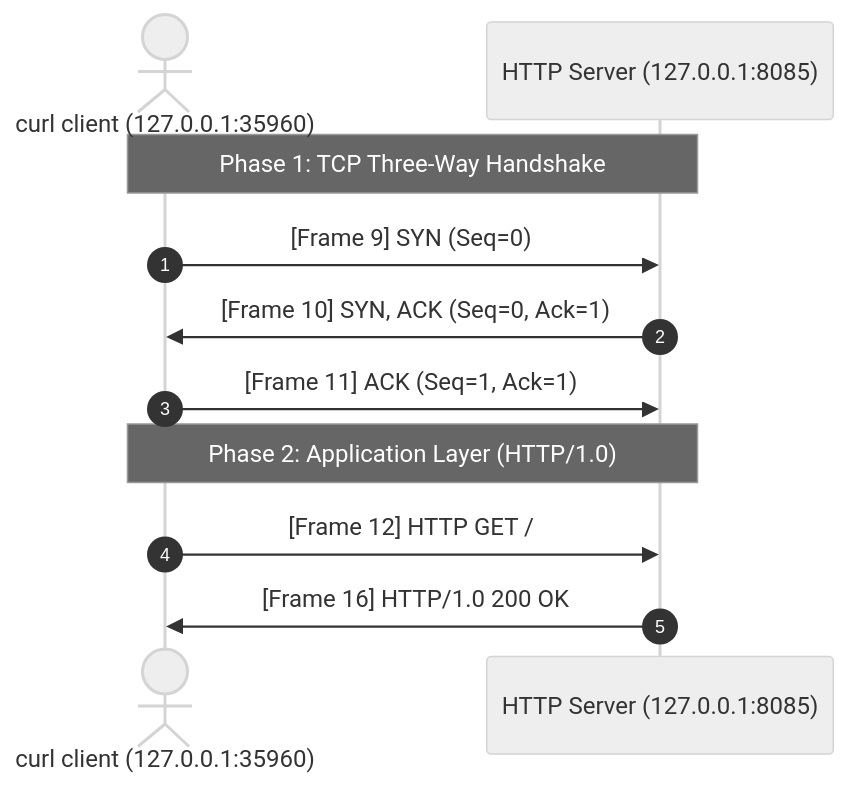
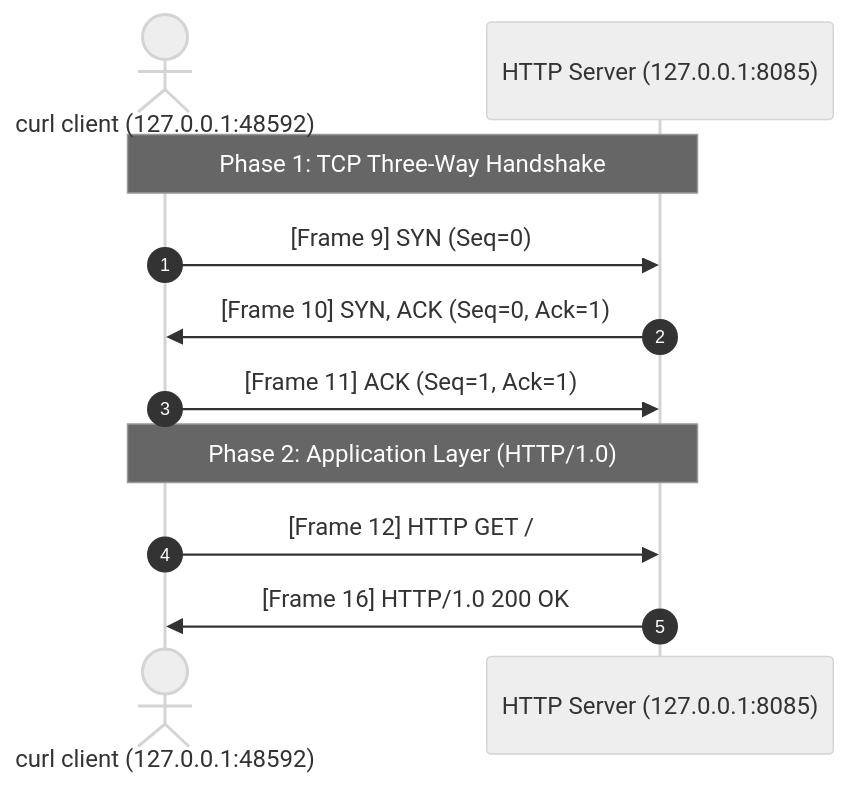
Before and after one commit to sameerhdevops/enterprise-it-service-desk-lab: the diagram in evidence/packet-captures/packet-analysis-report.md, drawn with Mermaid (neutral theme). The commit also changed other lines of this file and 18 other files, not shown here.

````diff
--- a/evidence/packet-captures/packet-analysis-report.md
+++ b/evidence/packet-captures/packet-analysis-report.md
@@ -46,15 +46,15 @@
 ```mermaid
 sequenceDiagram
     autonumber
-    actor Client as curl client (127.0.0.1:35960)
+    actor Client as curl client (127.0.0.1:48592)
     participant Server as HTTP Server (127.0.0.1:8085)
 
     Note over Client,Server: Phase 1: TCP Three-Way Handshake
     Client->>Server: [Frame 9] SYN (Seq=0)
     Server->>Client: [Frame 10] SYN, ACK (Seq=0, Ack=1)
     Client->>Server: [Frame 11] ACK (Seq=1, Ack=1)
 
     Note over Client,Server: Phase 2: Application Layer (HTTP/1.0)
     Client->>Server: [Frame 12] HTTP GET /
     Server->>Client: [Frame 16] HTTP/1.0 200 OK
 ```
````
